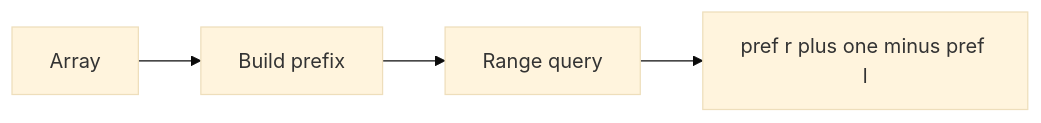
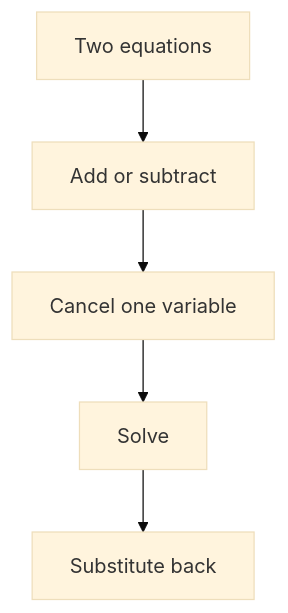
Before and after one commit to mthaiseer/springcloud-systemdesign-notes: the eighth of 14 diagrams in CP_DSA_NOTES/000_MATH/cp_dsa_math_visual_reference.md, drawn with Mermaid (base theme). The commit also changed other lines of this file, not shown here.

````diff
--- a/CP_DSA_NOTES/000_MATH/cp_dsa_math_visual_reference.md
+++ b/CP_DSA_NOTES/000_MATH/cp_dsa_math_visual_reference.md
@@ -321,6 +417,7 @@
 ```mermaid
-flowchart LR
-    A[Array] --> B[Build prefix]
-    B --> C[Range query]
-    C --> D[pref r plus one minus pref l]
+flowchart TD
+    A[Two equations] --> B[Add or subtract]
+    B --> C[Cancel one variable]
+    C --> D[Solve]
+    D --> E[Substitute back]
 ```
````
